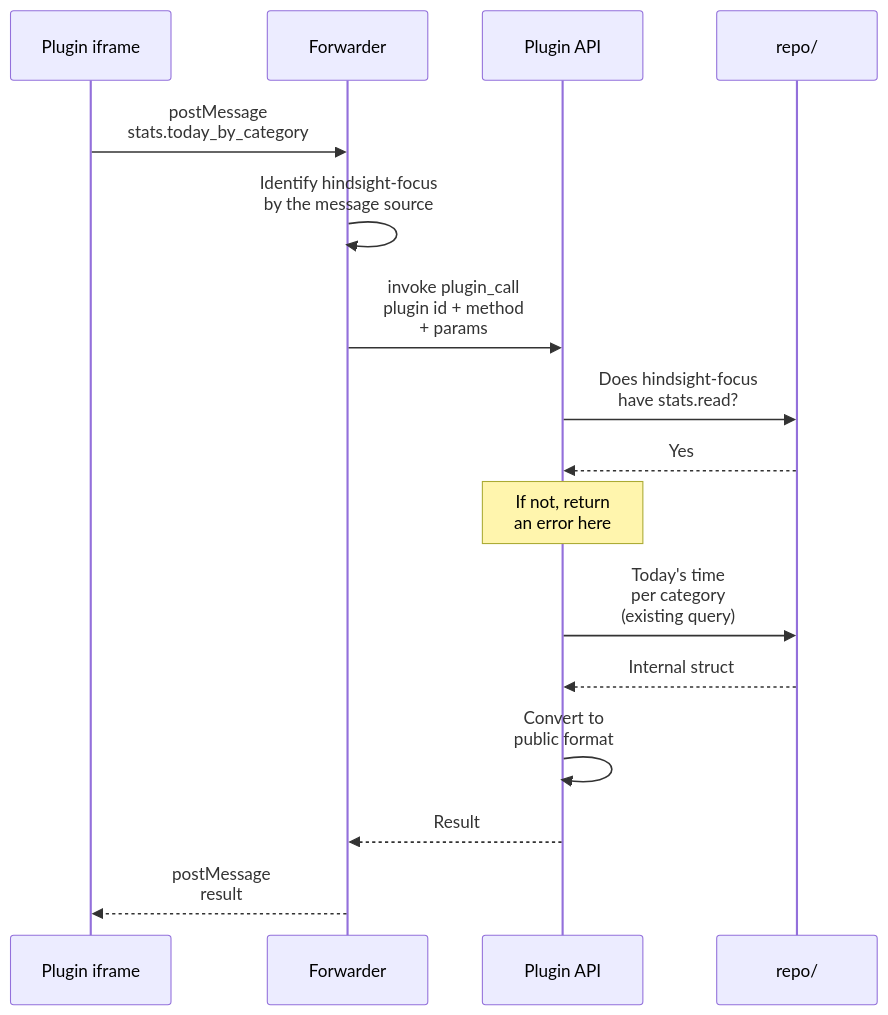
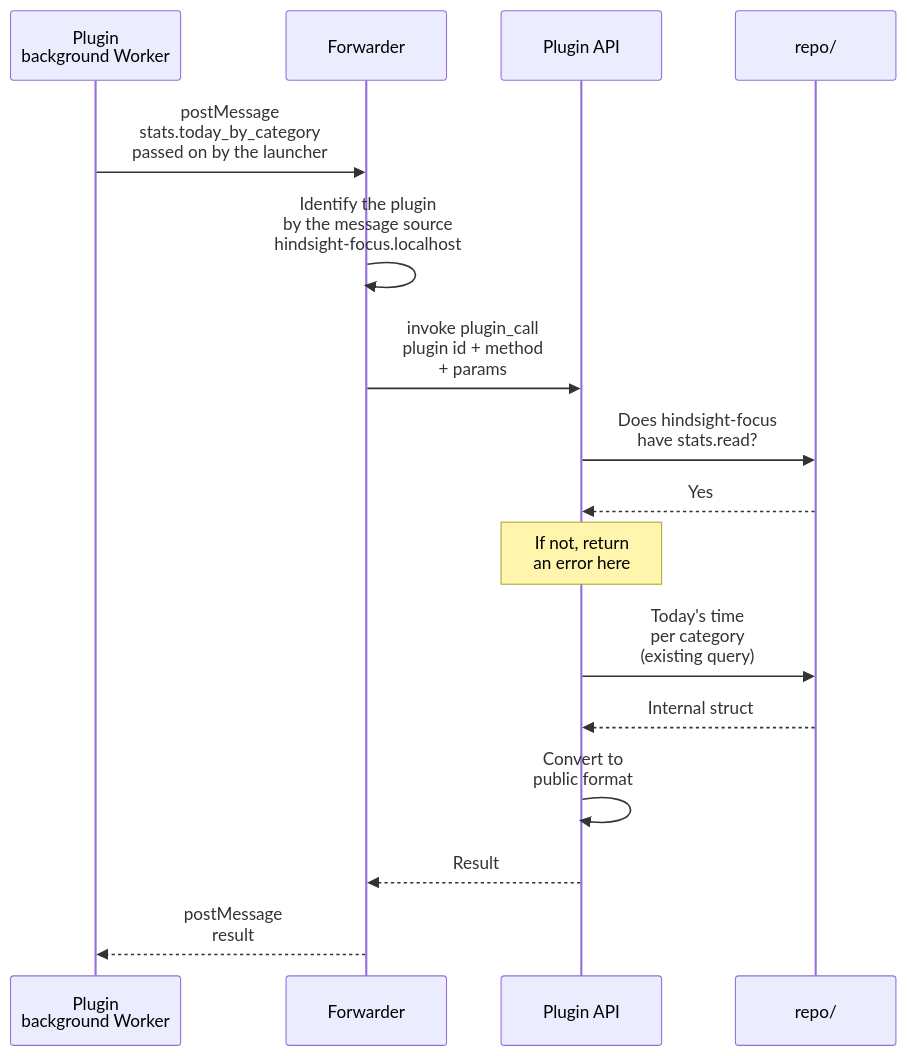
One commit to Tomotsugu-dev/Hindsight changed the diagram in docs/design/plugins/en/api.md. Above: the diagram before and after it, drawn with Mermaid. The commit also changed 7 other files, not shown here.

First line of the commit message:
docs(plugins): run background scripts in Workers started by a launcher

````diff
--- a/docs/design/plugins/en/api.md
+++ b/docs/design/plugins/en/api.md
@@ -13,18 +13,18 @@
 ```mermaid
 sequenceDiagram
-  participant P as Plugin iframe
+  participant P as Plugin<br/>background Worker
   participant B as Forwarder
   participant A as Plugin API
   participant R as repo/
-  P->>B: postMessage<br/>stats.today_by_category
-  B->>B: Identify hindsight-focus<br/>by the message source
+  P->>B: postMessage<br/>stats.today_by_category<br/>passed on by the launcher
+  B->>B: Identify the plugin<br/>by the message source<br/>hindsight-focus.localhost
   B->>A: invoke plugin_call<br/>plugin id + method<br/>+ params
   A->>R: Does hindsight-focus<br/>have stats.read?
   R-->>A: Yes
   Note over A: If not, return<br/>an error here
   A->>R: Today's time<br/>per category<br/>(existing query)
   R-->>A: Internal struct
   A->>A: Convert to<br/>public format
   A-->>B: Result
   B-->>P: postMessage<br/>result
 ```
````
